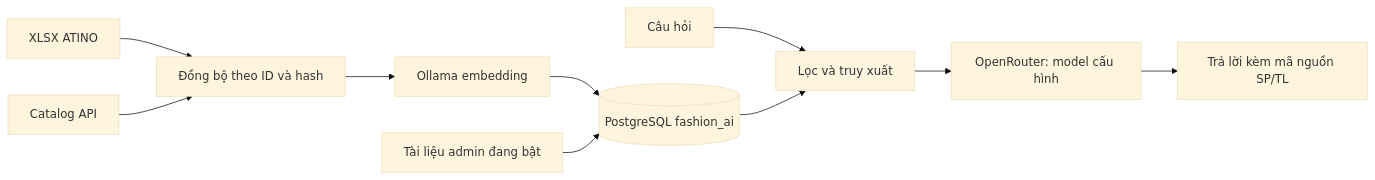
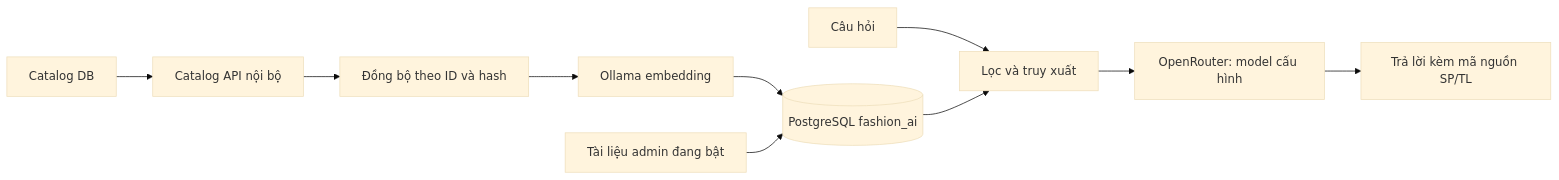
One commit to cqhvn22/fashion-store changed the diagram in docs/architecture/ai-rag-audit.md. Above: the diagram before and after it, drawn with Mermaid (base theme). The commit also changed other lines of this file and 17 other files, not shown here.

````diff
--- a/docs/architecture/ai-rag-audit.md
+++ b/docs/architecture/ai-rag-audit.md
@@ -7,12 +7,12 @@
 ```mermaid
 flowchart LR
-  W[XLSX ATINO] --> S[Đồng bộ theo ID và hash]
-  C[Catalog API] --> S
+  C[Catalog DB] --> F[Catalog API nội bộ]
+  F --> S[Đồng bộ theo ID và hash]
   S --> E[Ollama embedding]
   E --> D[(PostgreSQL fashion_ai)]
   K[Tài liệu admin đang bật] --> D
   U[Câu hỏi] --> R[Lọc và truy xuất]
   D --> R
   R --> O[OpenRouter: model cấu hình]
   O --> A[Trả lời kèm mã nguồn SP/TL]
 ```
````
